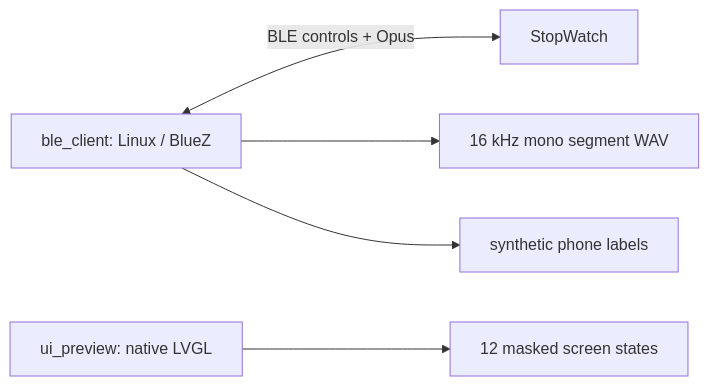
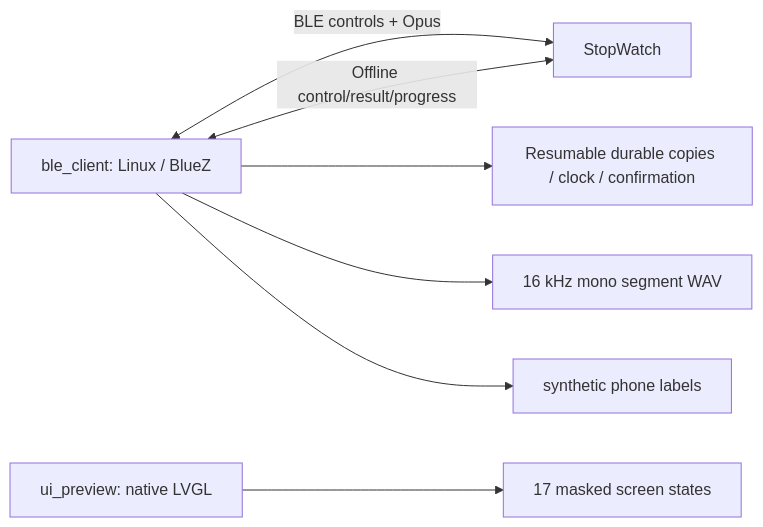
The diagram in FW/tools/README.md (Harwasch/voiceremote), drawn with Mermaid before and after one commit. The commit also changed other lines of this file and 58 other files, not shown here.

````diff
--- a/FW/tools/README.md
+++ b/FW/tools/README.md
@@ -3,7 +3,9 @@
 ```mermaid
 flowchart LR
     Client[ble_client: Linux / BlueZ] <-->|BLE controls + Opus| Remote[StopWatch]
-    Preview[ui_preview: native LVGL] --> PNG[12 masked screen states]
+    Preview[ui_preview: native LVGL] --> PNG[17 masked screen states]
+    Client <-->|Offline control/result/progress| Remote
+    Client --> Deferred[Resumable durable copies / clock / confirmation]
     Client --> WAV[16 kHz mono segment WAV]
     Client --> Fixtures[synthetic phone labels]
 ```
````
